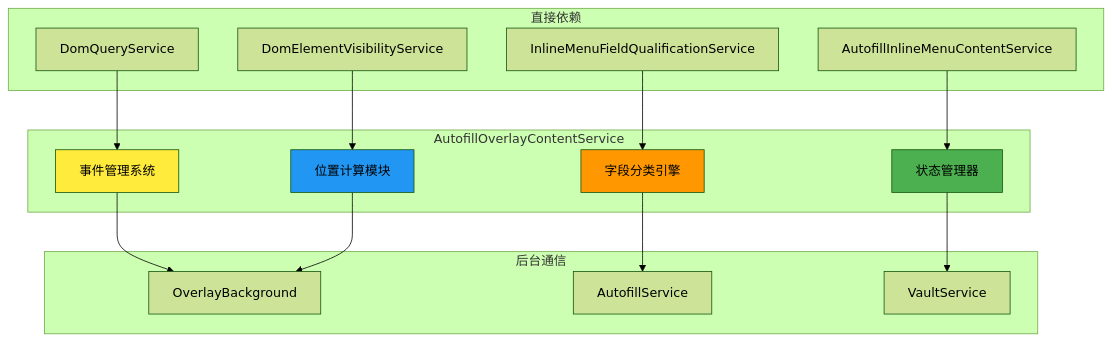
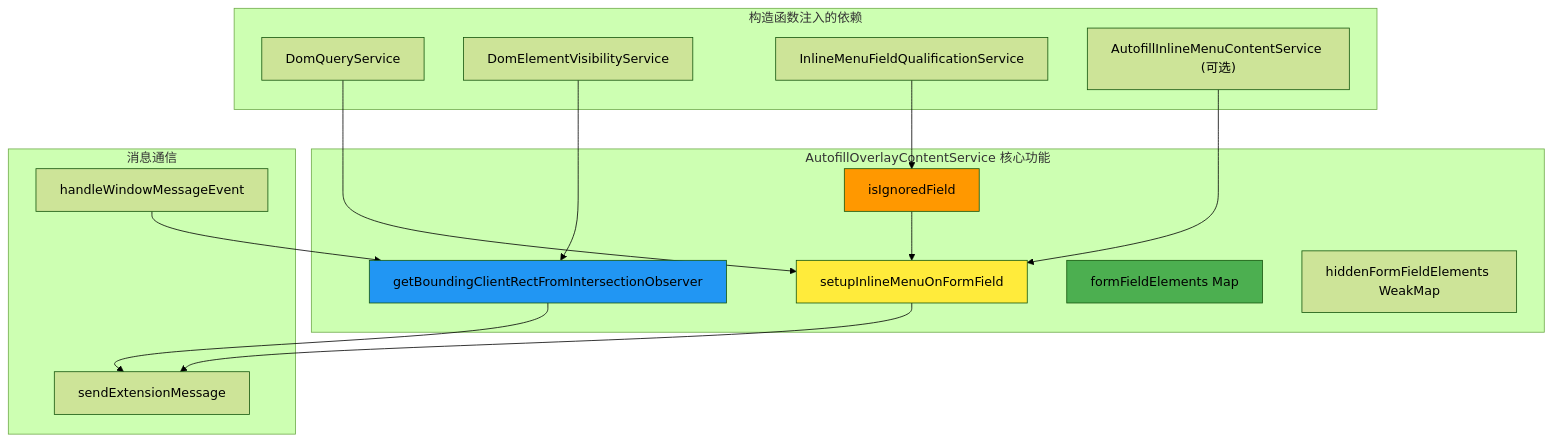
The fifth of 9 diagrams in apps/browser/docs/autofill-overlay-content-service-analysis.md (cloudou/bitwarden-clients), drawn with Mermaid (forest theme) before and after one commit. The commit also changed other lines of this file and 1 other file, not shown here.

First line of the commit message:
Enhance documentation for AutofillOverlayContentService and InlineMenuFieldQualificationService

````diff
--- a/apps/browser/docs/autofill-overlay-content-service-analysis.md
+++ b/apps/browser/docs/autofill-overlay-content-service-analysis.md
@@ -205,37 +274,38 @@
 ```mermaid
 graph TB
-    subgraph "直接依赖"
+    subgraph "构造函数注入的依赖"
         A[DomQueryService]
         B[DomElementVisibilityService]
         C[InlineMenuFieldQualificationService]
-        D[AutofillInlineMenuContentService]
+        D["AutofillInlineMenuContentService (可选)"]
     end
 
-    subgraph "AutofillOverlayContentService"
-        E[事件管理系统]
-        F[字段分类引擎]
-        G[位置计算模块]
-        H[状态管理器]
+    subgraph "AutofillOverlayContentService 核心功能"
+        E[setupInlineMenuOnFormField]
+        F[isIgnoredField]
+        G[getBoundingClientRectFromIntersectionObserver]
+        H[formFieldElements Map]
+        I[hiddenFormFieldElements WeakMap]
     end
 
-    subgraph "后台通信"
-        I[OverlayBackground]
-        J[AutofillService]
-        K[VaultService]
+    subgraph "消息通信"
+        J[sendExtensionMessage]
+        K[handleWindowMessageEvent]
     end
 
     A --> E
     B --> G
     C --> F
-    D --> H
+    D --> E
 
-    E --> I
-    F --> J
-    G --> I
-    H --> K
+    E --> J
+    F --> E
+    G --> J
+
+    K --> G
 
     style E fill:#FFEB3B
     style F fill:#FF9800
     style G fill:#2196F3
     style H fill:#4CAF50
 ```
````
